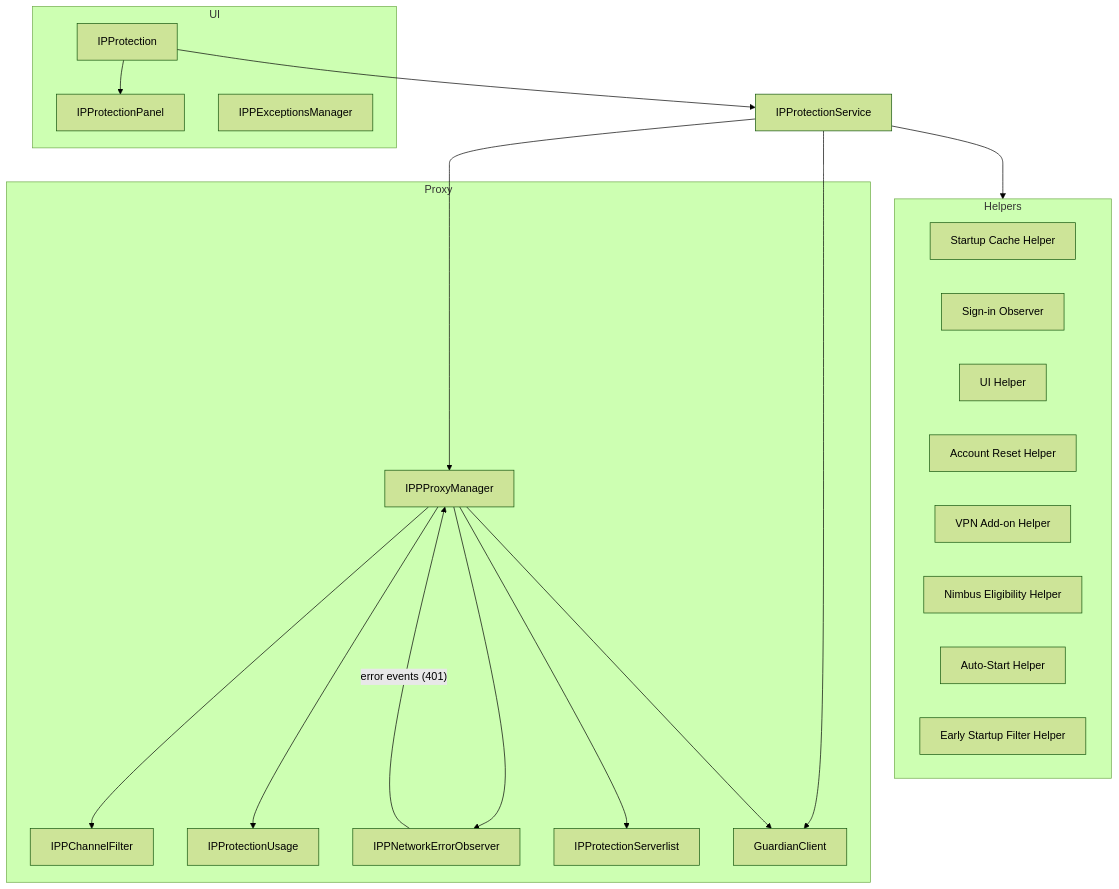
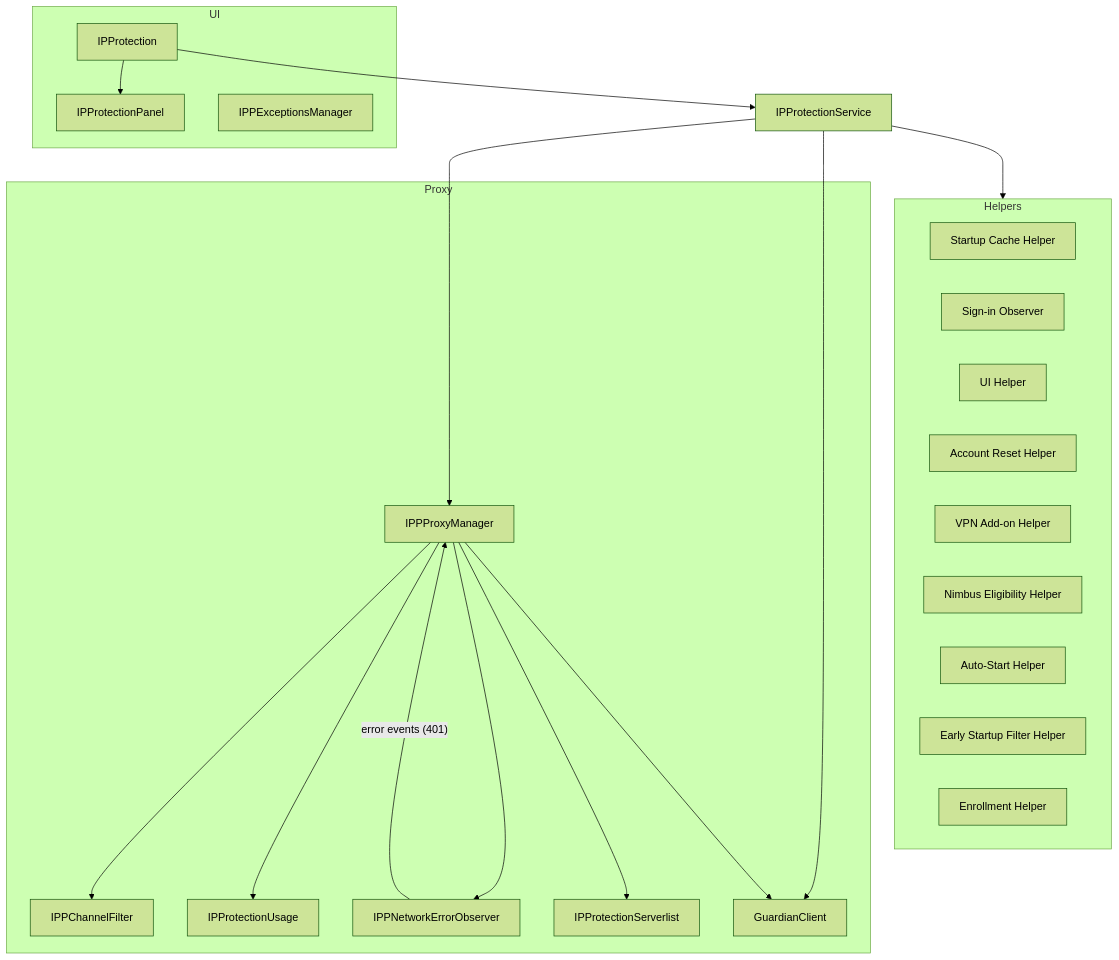
The diagram in browser/components/ipprotection/docs/Components.rst (marco-c/gecko-dev-comments-removed), drawn with Mermaid (forest theme) before and after one commit. The commit also changed other lines of this file and 14 other files, not shown here.

```diff
--- a/browser/components/ipprotection/docs/Components.rst
+++ b/browser/components/ipprotection/docs/Components.rst
@@ -11,55 +11,56 @@
 .. mermaid::
    :align: center
    :caption: IP Protection architecture
 
    flowchart TD
 
      IPProtectionService
 
      Helpers["IPProtectionHelpers"]
 
      %% UI
      subgraph UI
        IPProtection
        IPProtectionPanel
        IPPExceptionsManager
      end
 
      %% Helpers
      subgraph Helpers
        IPPStartupCache["Startup Cache Helper"]
        IPPSignInWatcher["Sign-in Observer"]
        UIHelper["UI Helper"]
        AccountResetHelper["Account Reset Helper"]
        VPNAddonHelper["VPN Add-on Helper"]
-      IPPNimbusHelper["Nimbus Eligibility Helper"]
+       IPPNimbusHelper["Nimbus Eligibility Helper"]
        IPPAutoStart["Auto-Start Helper"]
        IPPEarlyStartupFilter["Early Startup Filter Helper"]
+       IPPEnrollHelper["Enrollment Helper"]
      end
 
      %% Proxy stack
      subgraph Proxy
        IPPProxyManager
        IPPChannelFilter
        IPProtectionUsage
        IPPNetworkErrorObserver
        IPProtectionServerlist
        GuardianClient
      end
 
      %% Service wiring
      IPProtectionService --> IPPProxyManager
      IPProtectionService --> GuardianClient
      IPProtectionService --> Helpers
 
      %% UI wiring
      IPProtection --> IPProtectionPanel
      IPProtection --> IPProtectionService
 
      %% Proxy wiring
      IPPProxyManager --> GuardianClient
      IPPProxyManager --> IPPChannelFilter
      IPPProxyManager --> IPProtectionUsage
      IPPProxyManager --> IPPNetworkErrorObserver
      IPPProxyManager --> IPProtectionServerlist
      IPPNetworkErrorObserver -- "error events (401)" --> IPPProxyManager
```
